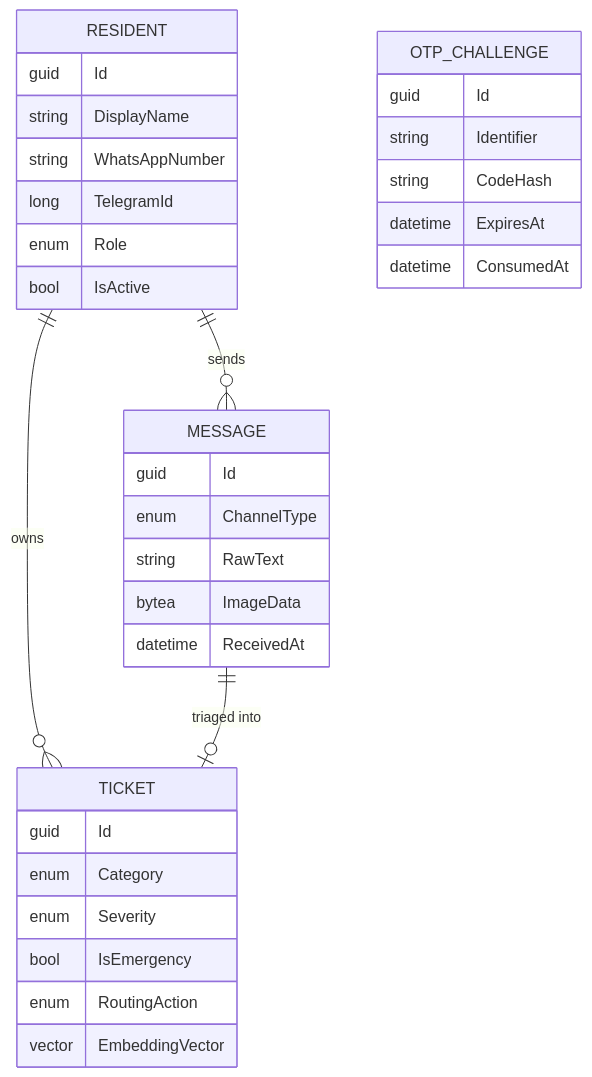
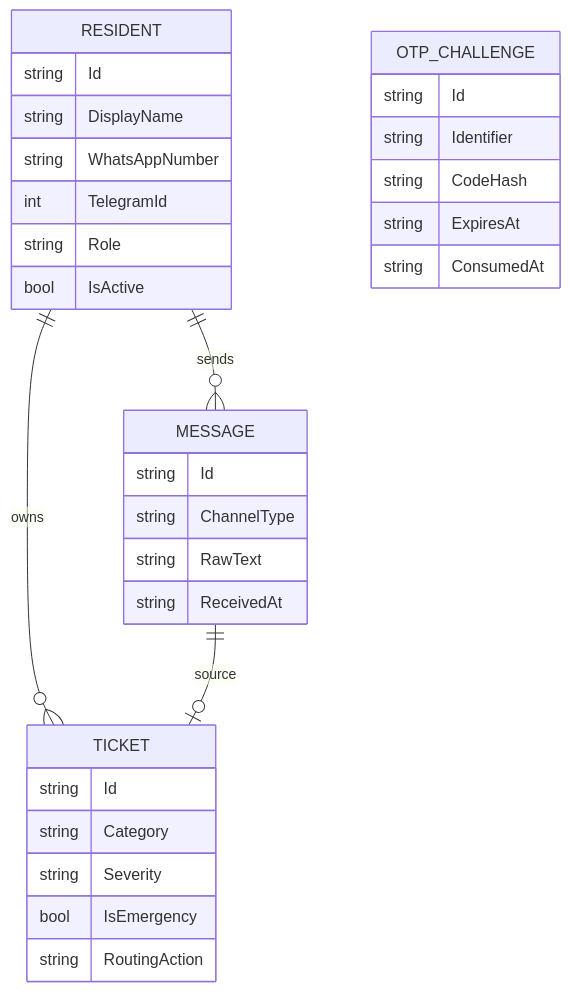
The fourth of 4 diagrams in README.md (arslan-kursad/apartment-triage), drawn with Mermaid before and after one commit. The commit also changed other lines of this file, not shown here.

First line of the commit message:
fix(docs): repair blank Mermaid diagrams in README

````diff
--- a/README.md
+++ b/README.md
@@ -178,37 +178,35 @@
 ```mermaid
 erDiagram
     RESIDENT ||--o{ MESSAGE : sends
     RESIDENT ||--o{ TICKET : owns
-    MESSAGE  ||--o| TICKET : "triaged into"
+    MESSAGE  ||--o| TICKET : source
 
     RESIDENT {
-        guid Id
+        string Id
         string DisplayName
         string WhatsAppNumber
-        long TelegramId
-        enum Role
+        int TelegramId
+        string Role
         bool IsActive
     }
     MESSAGE {
-        guid Id
-        enum ChannelType
+        string Id
+        string ChannelType
         string RawText
-        bytea ImageData
-        datetime ReceivedAt
+        string ReceivedAt
     }
     TICKET {
-        guid Id
-        enum Category
-        enum Severity
+        string Id
+        string Category
+        string Severity
         bool IsEmergency
-        enum RoutingAction
-        vector EmbeddingVector
+        string RoutingAction
     }
     OTP_CHALLENGE {
-        guid Id
+        string Id
         string Identifier
         string CodeHash
-        datetime ExpiresAt
-        datetime ConsumedAt
+        string ExpiresAt
+        string ConsumedAt
     }
 ```
````
